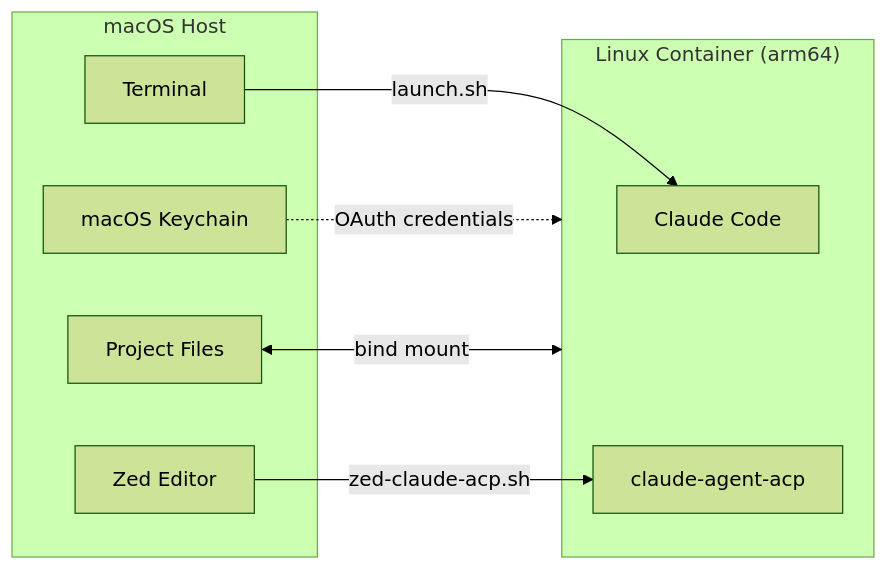
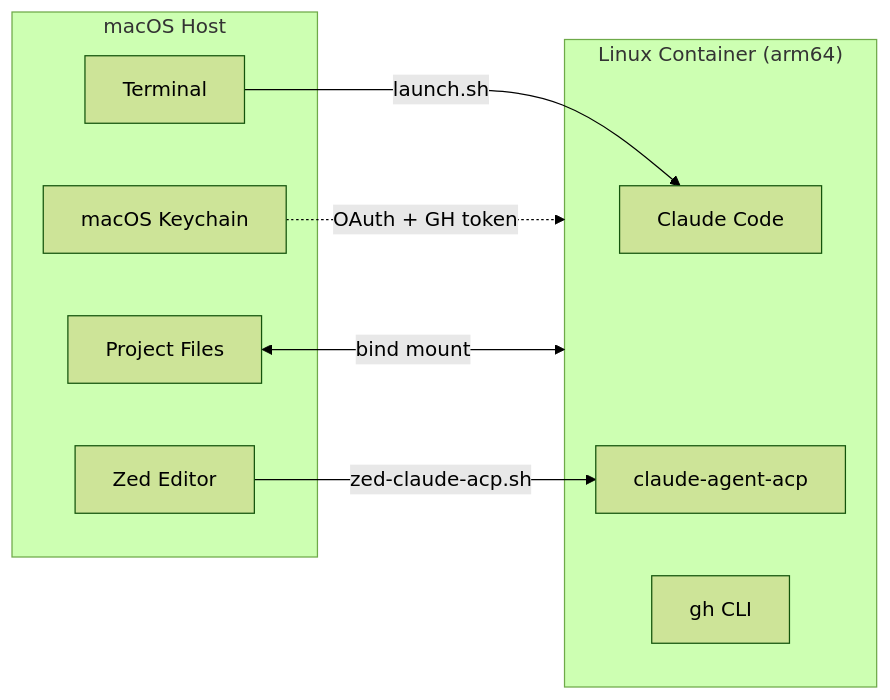
One commit to chew-z/Container changed the first of 8 diagrams in README.md. Above: the diagram before and after it, drawn with Mermaid (forest theme). The commit also changed other lines of this file and 5 other files, not shown here.

````diff
--- a/README.md
+++ b/README.md
@@ -5,19 +5,20 @@
 ```mermaid
 flowchart LR
     subgraph Host["macOS Host"]
         Terminal["Terminal"]
         Zed["Zed Editor"]
         Keychain["macOS Keychain"]
         Project["Project Files"]
     end
 
     subgraph Container["Linux Container (arm64)"]
         Claude["Claude Code"]
         ACP["claude-agent-acp"]
+        GH["gh CLI"]
     end
 
     Terminal -->|"launch.sh"| Claude
     Zed -->|"zed-claude-acp.sh"| ACP
-    Keychain -.->|"OAuth credentials"| Container
+    Keychain -.->|"OAuth + GH token"| Container
     Project <-->|"bind mount"| Container
 ```
````
